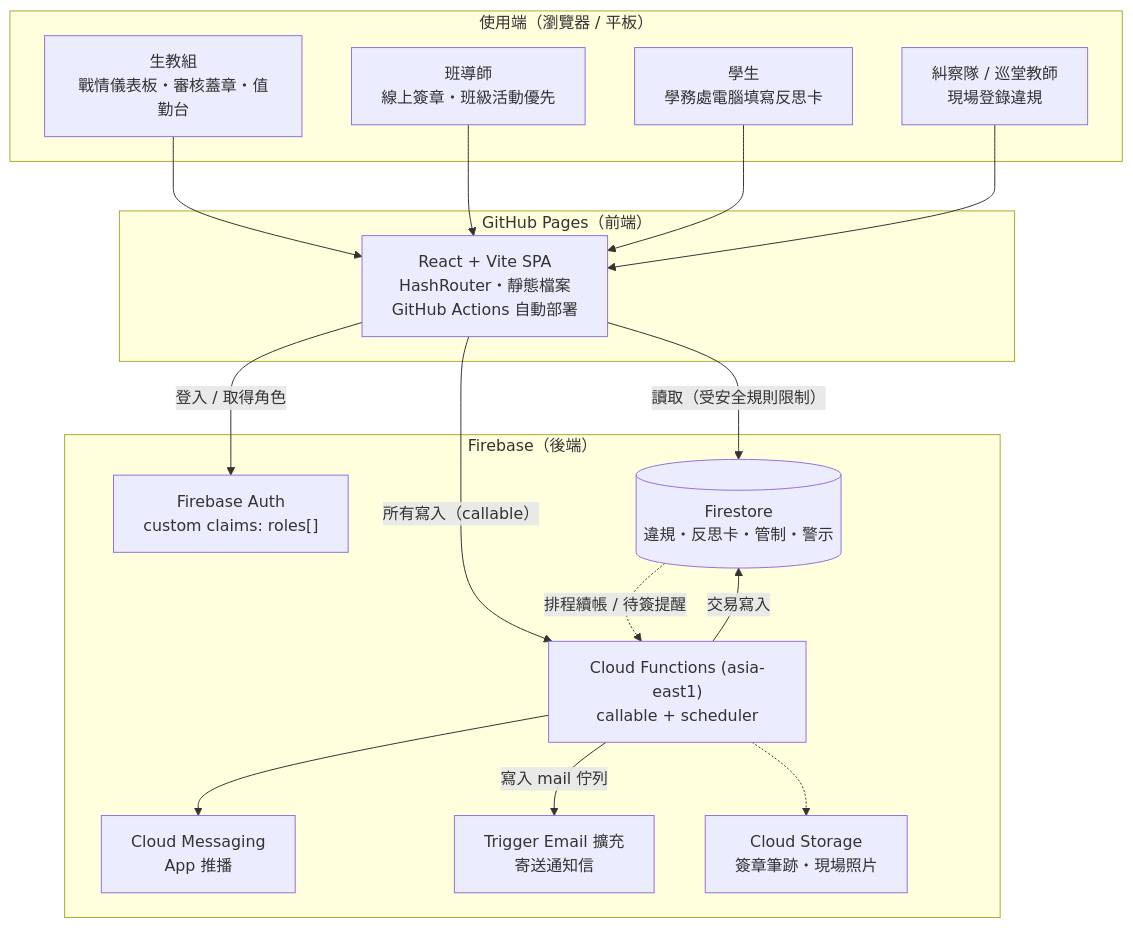
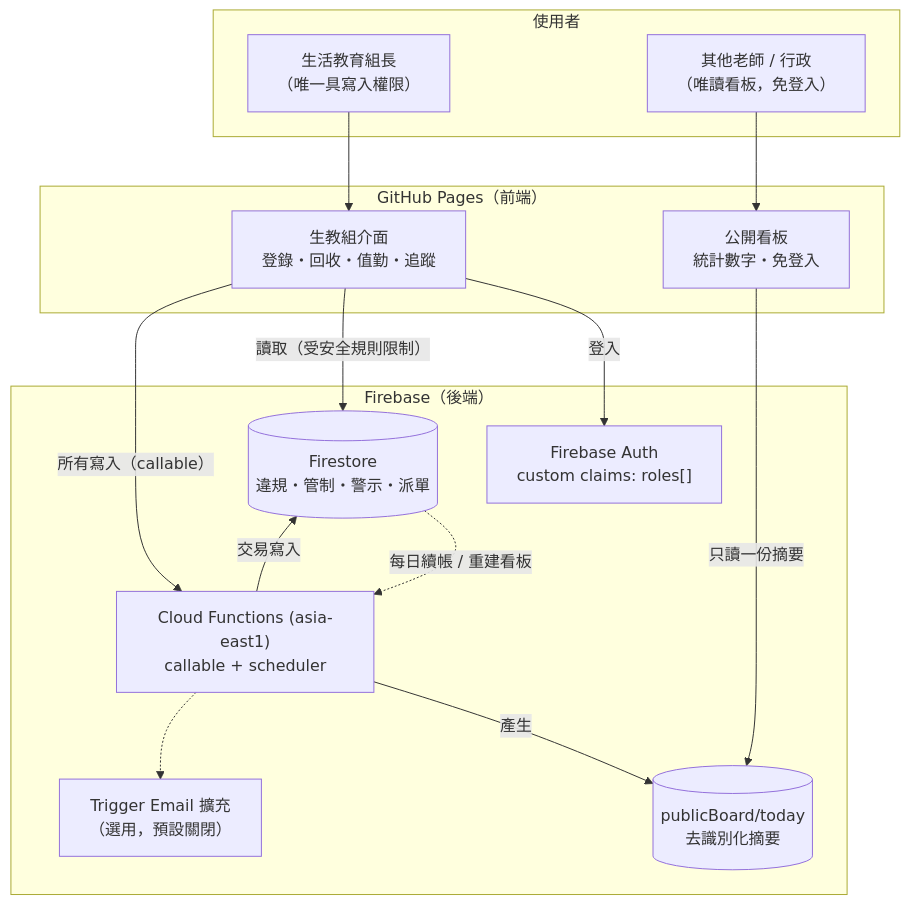
Before and after one commit to znxuyz/C.A.R.E.-System: the diagram in docs/architecture.md, drawn with Mermaid. The commit also changed other lines of this file and 73 other files, not shown here.

````diff
--- a/docs/architecture.md
+++ b/docs/architecture.md
@@ -8,32 +11,31 @@
 ```mermaid
 flowchart TB
-  subgraph Clients["使用端（瀏覽器 / 平板）"]
-    OFFICE["生教組<br/>戰情儀表板・審核蓋章・值勤台"]
-    TEACHER["班導師<br/>線上簽章・班級活動優先"]
-    STUDENT["學生<br/>學務處電腦填寫反思卡"]
-    PATROL["糾察隊 / 巡堂教師<br/>現場登錄違規"]
+  subgraph Users["使用者"]
+    OFFICE["生活教育組長<br/>（唯一具寫入權限）"]
+    TEACHERS["其他老師 / 行政<br/>（唯讀看板，免登入）"]
   end
 
   subgraph Pages["GitHub Pages（前端）"]
-    SPA["React + Vite SPA<br/>HashRouter・靜態檔案<br/>GitHub Actions 自動部署"]
+    PUB["公開看板<br/>統計數字・免登入"]
+    ADMIN["生教組介面<br/>登錄・回收・值勤・追蹤"]
   end
 
   subgraph FB["Firebase（後端）"]
     AUTH["Firebase Auth<br/>custom claims: roles[]"]
     FN["Cloud Functions (asia-east1)<br/>callable + scheduler"]
-    FS[("Firestore<br/>違規・反思卡・管制・警示")]
-    FCM["Cloud Messaging<br/>App 推播"]
-    MAIL["Trigger Email 擴充<br/>寄送通知信"]
-    ST["Cloud Storage<br/>簽章筆跡・現場照片"]
+    FS[("Firestore<br/>違規・管制・警示・派單")]
+    BOARD[("publicBoard/today<br/>去識別化摘要")]
+    MAIL["Trigger Email 擴充<br/>（選用，預設關閉）"]
   end
 
-  OFFICE & TEACHER & STUDENT & PATROL --> SPA
-  SPA -- "登入 / 取得角色" --> AUTH
-  SPA -- "讀取（受安全規則限制）" --> FS
-  SPA -- "所有寫入（callable）" --> FN
+  TEACHERS --> PUB
+  OFFICE --> ADMIN
+  PUB -- "只讀一份摘要" --> BOARD
+  ADMIN -- "登入" --> AUTH
+  ADMIN -- "讀取（受安全規則限制）" --> FS
+  ADMIN -- "所有寫入（callable）" --> FN
   FN -- "交易寫入" --> FS
-  FN --> FCM
-  FN -- "寫入 mail 佇列" --> MAIL
-  FN -.-> ST
-  FS -. "排程續帳 / 待簽提醒" .-> FN
+  FN -- "產生" --> BOARD
+  FN -.-> MAIL
+  FS -. "每日續帳 / 重建看板" .-> FN
 ```
````
